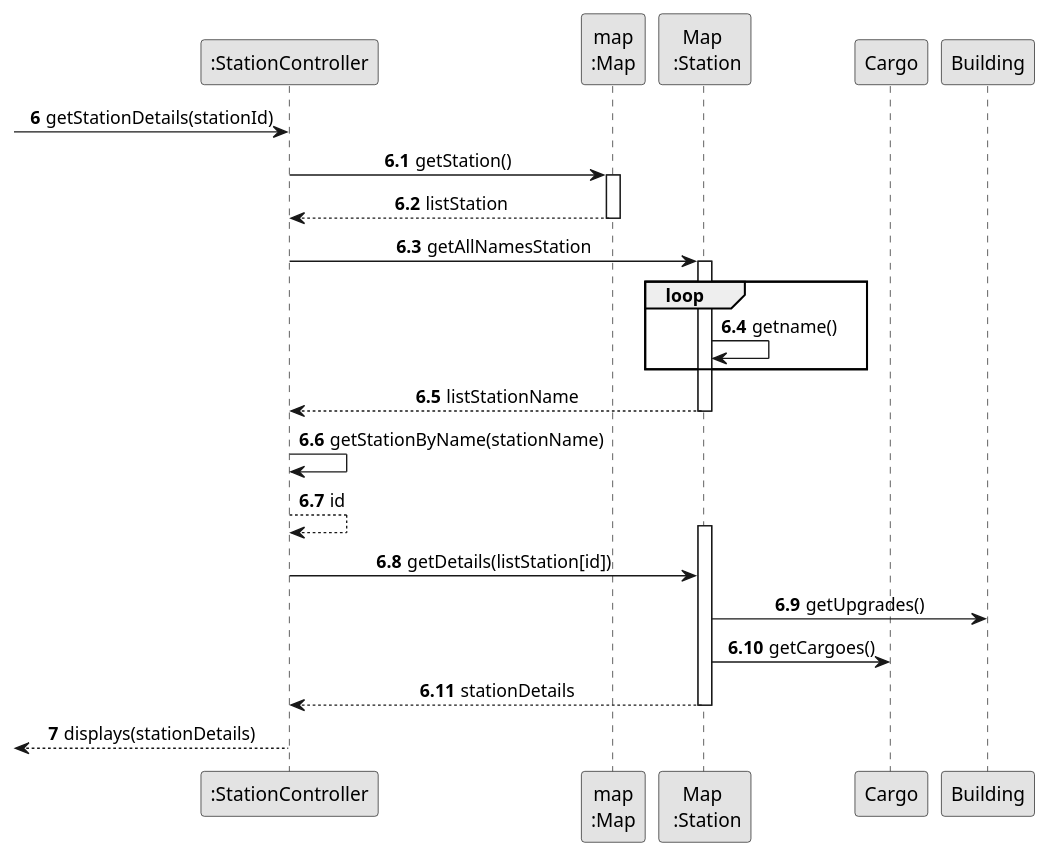
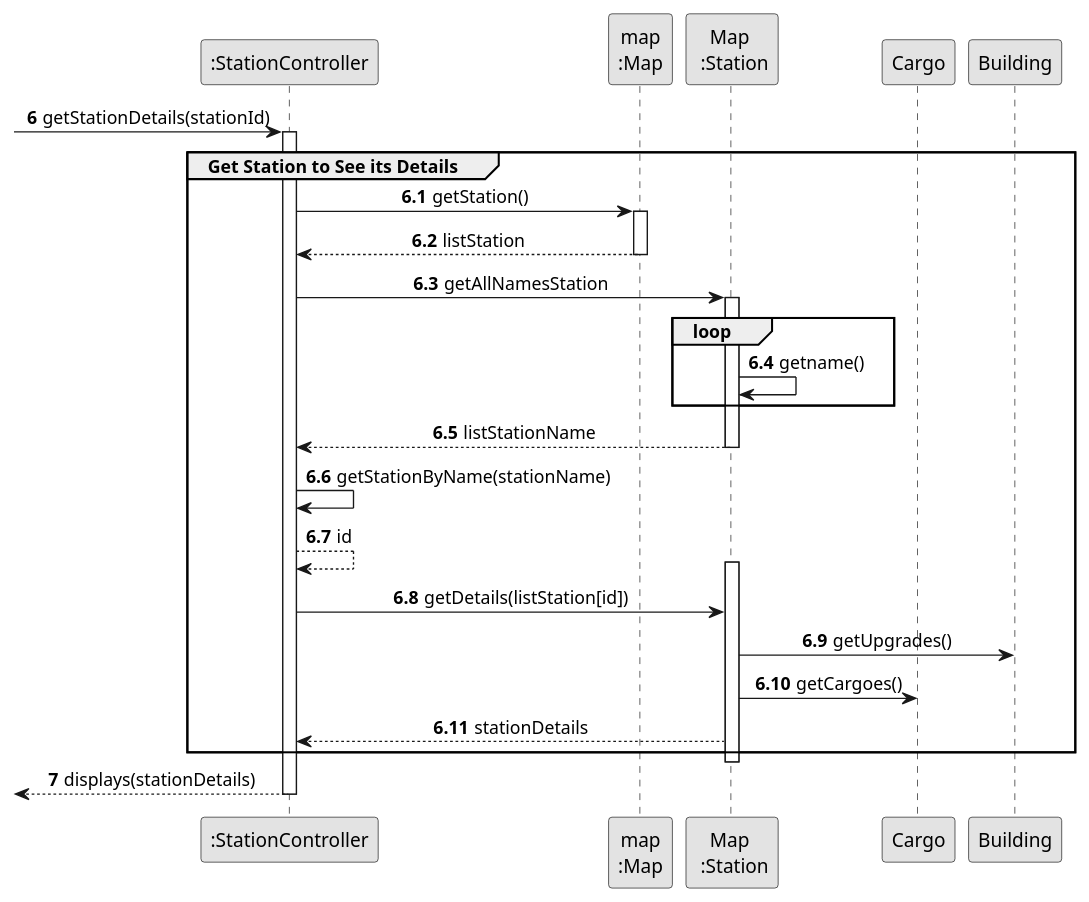
One commit to 1240826/empire-on-tracks changed the diagram in docs/system-documentation/US007/03.design/puml/US007-SD-partial-get-station-details.puml. Above: the diagram before and after it, drawn with PlantUML. The commit also changed 11 other files, not shown here.

```diff
--- a/docs/system-documentation/US007/03.design/puml/US007-SD-partial-get-station-details.puml
+++ b/docs/system-documentation/US007/03.design/puml/US007-SD-partial-get-station-details.puml
@@ -1,40 +1,44 @@
 @startuml
 skinparam monochrome true
 skinparam packageStyle rectangle
 skinparam shadowing false
 skinparam sequenceMessageAlign center
 
 
 participant ":StationController" as CTRL
 participant "map\n:Map" as REPOS
 participant "Map \n :Station" as REPOS_SINGLETON
 participant "Cargo" as CARGO
 participant "Building" as BUILDING
 autonumber 6
 ->CTRL: getStationDetails(stationId)
+group Get Station to See its Details
+activate CTRL
 autonumber 6.1
 CTRL -> REPOS : getStation()
 activate REPOS
 REPOS --> CTRL: listStation
 deactivate REPOS
 
 CTRL -> REPOS_SINGLETON : getAllNamesStation
 activate REPOS_SINGLETON
 loop
     REPOS_SINGLETON -> REPOS_SINGLETON : getname()
 end
 REPOS_SINGLETON --> CTRL: listStationName
 deactivate REPOS_SINGLETON
 
 CTRL -> CTRL : getStationByName(stationName)
 CTRL --> CTRL : id
 
 activate REPOS_SINGLETON
 CTRL -> REPOS_SINGLETON : getDetails(listStation[id])
     REPOS_SINGLETON -> BUILDING : getUpgrades()
     REPOS_SINGLETON -> CARGO : getCargoes()
 REPOS_SINGLETON --> CTRL : stationDetails
+end
 deactivate REPOS_SINGLETON
 autonumber 7
 <-- CTRL: displays(stationDetails)
+deactivate CTRL
 @enduml
```
